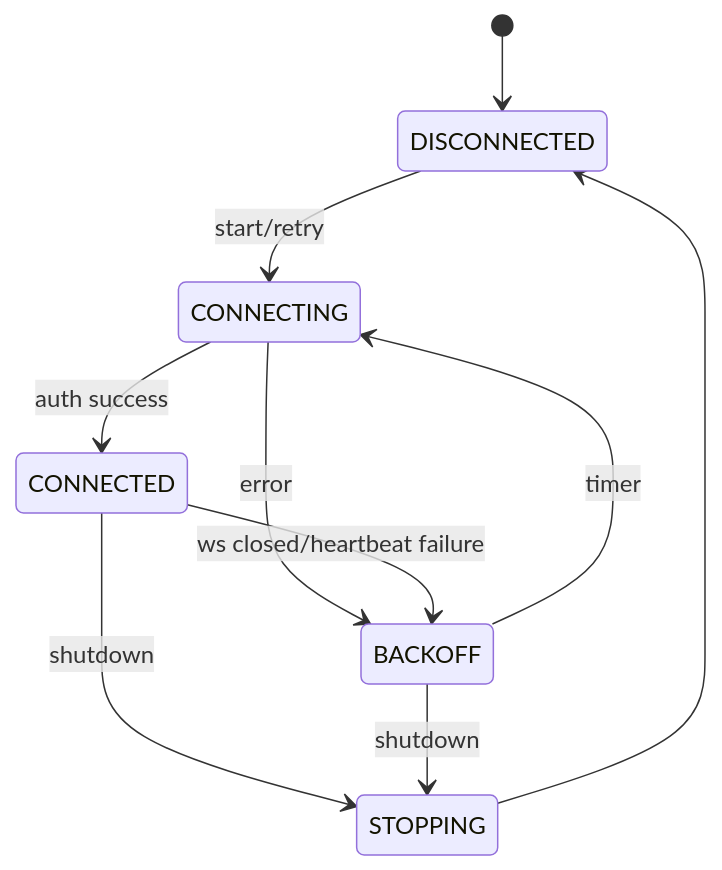
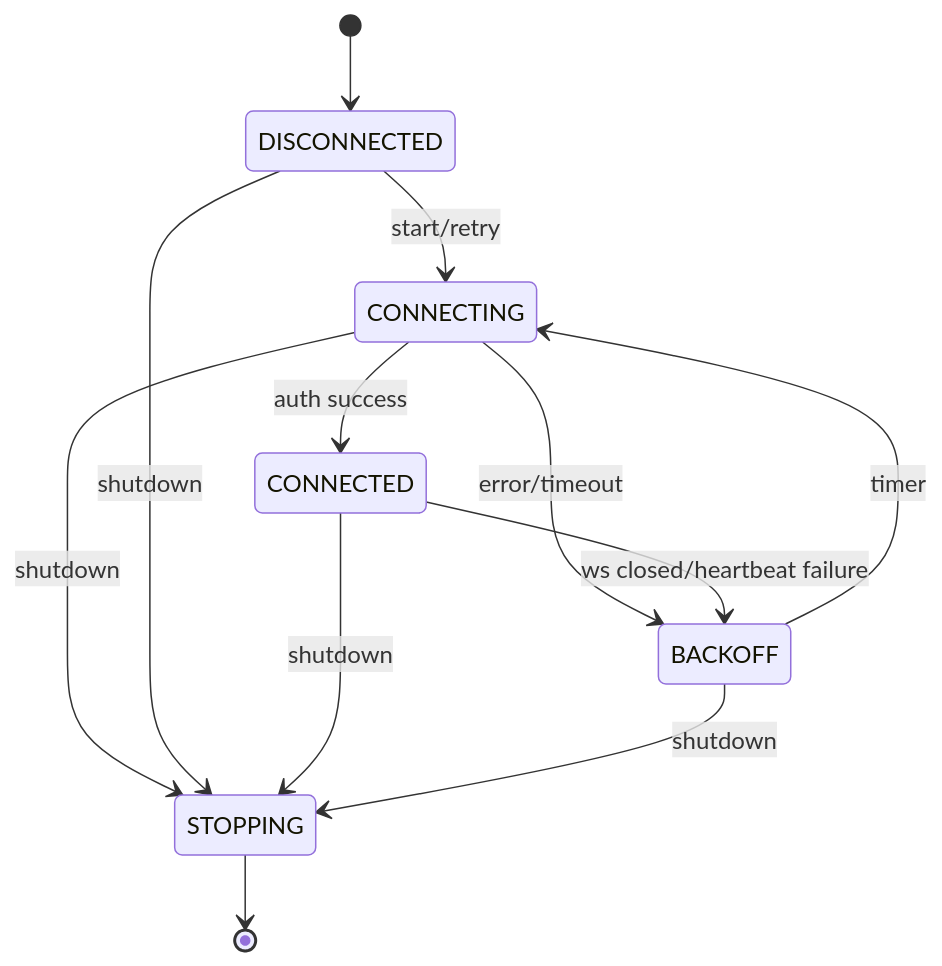
One commit to Michaelxwb/fluxion-harness changed diagram 12 of 22 in docs/08-关键流程时序与状态机详细设计.md. Above: the diagram before and after it, drawn with Mermaid. The commit also changed other lines of this file and 55 other files, not shown here.

````diff
--- a/docs/08-关键流程时序与状态机详细设计.md
+++ b/docs/08-关键流程时序与状态机详细设计.md
@@ -326,12 +344,14 @@
 ```mermaid
 stateDiagram-v2
     [*] --> DISCONNECTED
     DISCONNECTED --> CONNECTING: start/retry
     CONNECTING --> CONNECTED: auth success
-    CONNECTING --> BACKOFF: error
+    CONNECTING --> BACKOFF: error/timeout
     CONNECTED --> BACKOFF: ws closed/heartbeat failure
     BACKOFF --> CONNECTING: timer
+    CONNECTING --> STOPPING: shutdown
+    DISCONNECTED --> STOPPING: shutdown
     CONNECTED --> STOPPING: shutdown
     BACKOFF --> STOPPING: shutdown
-    STOPPING --> DISCONNECTED
+    STOPPING --> [*]
 ```
````
